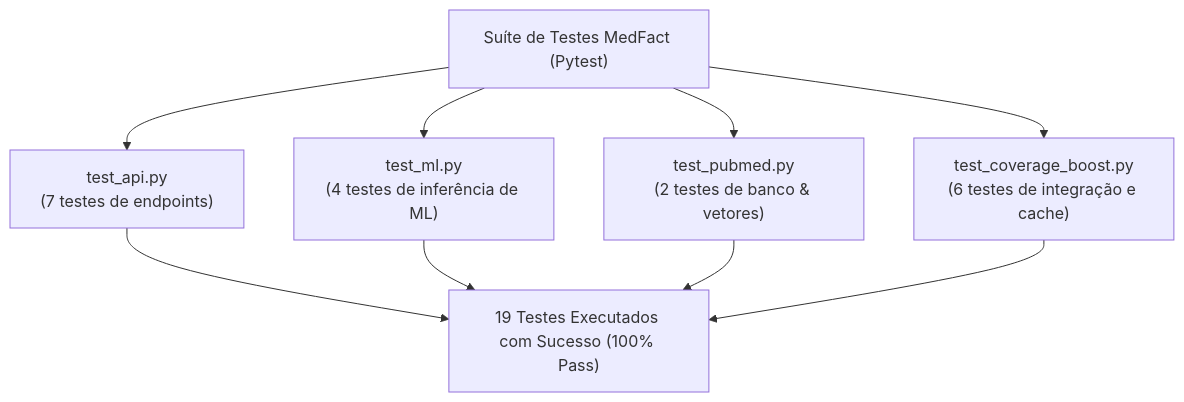
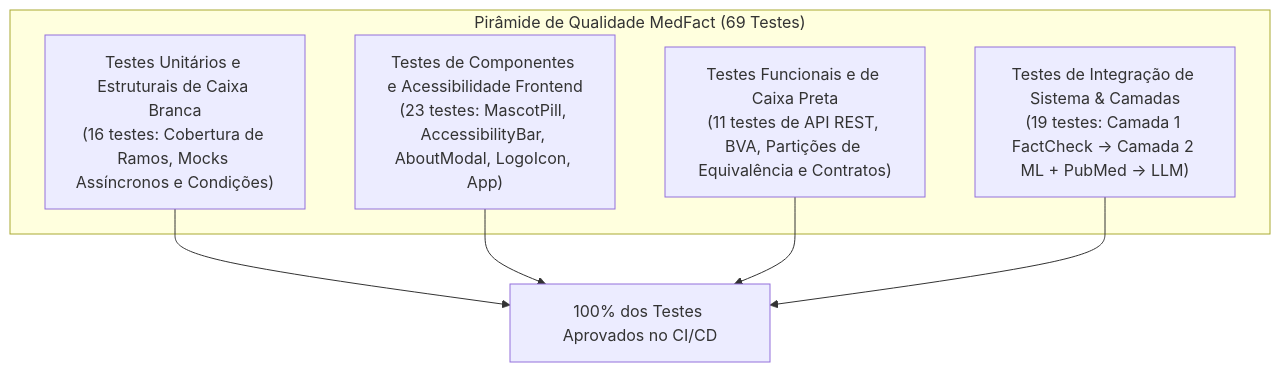
Before and after one commit to unb-Sistemas-de-Machine-learning/challenge_1_os_sem_classe: the diagram in docs/testes.md, drawn with Mermaid. The commit also changed other lines of this file and 31 other files, not shown here.

Commit message:
feat(qa-mlops-devops): implementa testes de caixa branca e preta, eleva cobertura, aprimora CI/CD e atualiza documentacao

````diff
--- a/docs/testes.md
+++ b/docs/testes.md
@@ -24,13 +27,14 @@
 ```mermaid
 flowchart TD
-    Suite["Suíte de Testes MedFact (Pytest)"]
-    Suite --> T1["test_api.py\n(7 testes de endpoints)"]
-    Suite --> T2["test_ml.py\n(4 testes de inferência de ML)"]
-    Suite --> T3["test_pubmed.py\n(2 testes de banco & vetores)"]
-    Suite --> T4["test_coverage_boost.py\n(6 testes de integração e cache)"]
+    subgraph Piramide["Pirâmide de Qualidade MedFact (69 Testes)"]
+        E2E["Testes de Integração de Sistema & Camadas\n(19 testes: Camada 1 FactCheck -> Camada 2 ML + PubMed -> LLM)"]
+        BlackBox["Testes Funcionais e de Caixa Preta\n(11 testes de API REST, BVA, Partições de Equivalência e Contratos)"]
+        FrontendTests["Testes de Componentes e Acessibilidade Frontend\n(23 testes: MascotPill, AccessibilityBar, AboutModal, LogoIcon, App)"]
+        WhiteBox["Testes Unitários e Estruturais de Caixa Branca\n(16 testes: Cobertura de Ramos, Mocks Assíncronos e Condições)"]
+    end
 
-    T1 --> R["19 Testes Executados com Sucesso (100% Pass)"]
-    T2 --> R
-    T3 --> R
-    T4 --> R
+    WhiteBox --> Success["100% dos Testes Aprovados no CI/CD"]
+    FrontendTests --> Success
+    BlackBox --> Success
+    E2E --> Success
 ```
````
